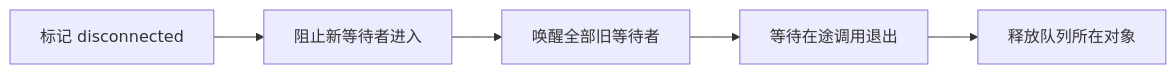
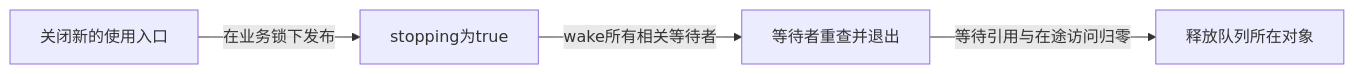
Before and after one commit to FormingSystem/linux_note: the third of 3 diagrams in knowledge/linux/synchronization_and_asynchrony/synchronization/waiting_notification/P01_等待队列.md, drawn with Mermaid. The commit also changed other lines of this file and 7 other files, not shown here.

````diff
--- a/knowledge/linux/synchronization_and_asynchrony/synchronization/waiting_notification/P01_等待队列.md
+++ b/knowledge/linux/synchronization_and_asynchrony/synchronization/waiting_notification/P01_等待队列.md
@@ -192,7 +245,6 @@
 ```mermaid
 flowchart LR
-    A[标记 disconnected] --> B[阻止新等待者进入]
-    B --> C[唤醒全部旧等待者]
-    C --> D[等待在途调用退出]
-    D --> E[释放队列所在对象]
+    A[关闭新的使用入口] -->|在业务锁下发布| B[stopping为true]
+    B -->|wake所有相关等待者| C[等待者重查并退出]
+    C -->|等待引用与在途访问归零| D[释放队列所在对象]
 ```
````
